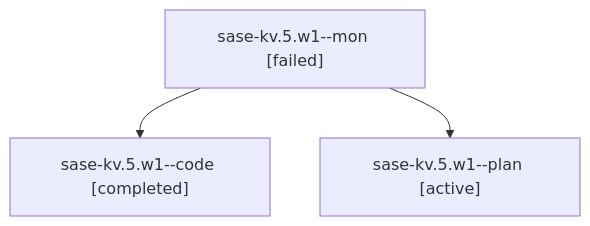
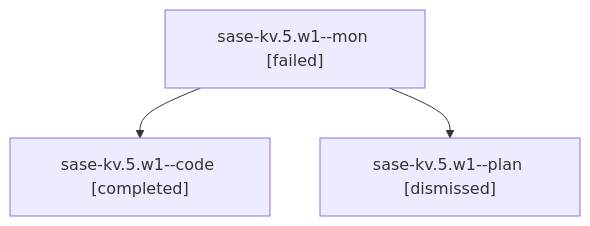
The diagram in sessions/bbugyi200.athena.sase-kv.5.w1.md (sase-org/sase--agents), drawn with Mermaid before and after one commit. The commit also changed other lines of this file and 142 other files, not shown here.

````diff
--- a/sessions/bbugyi200.athena.sase-kv.5.w1.md
+++ b/sessions/bbugyi200.athena.sase-kv.5.w1.md
@@ -9,8 +9,8 @@
 ```mermaid
 flowchart TD
   n0["sase-kv.5.w1--mon [failed]"]
   n1["sase-kv.5.w1--code [completed]"]
   n0 --> n1
-  n2["sase-kv.5.w1--plan [active]"]
+  n2["sase-kv.5.w1--plan [dismissed]"]
   n0 --> n2
 ```
````
